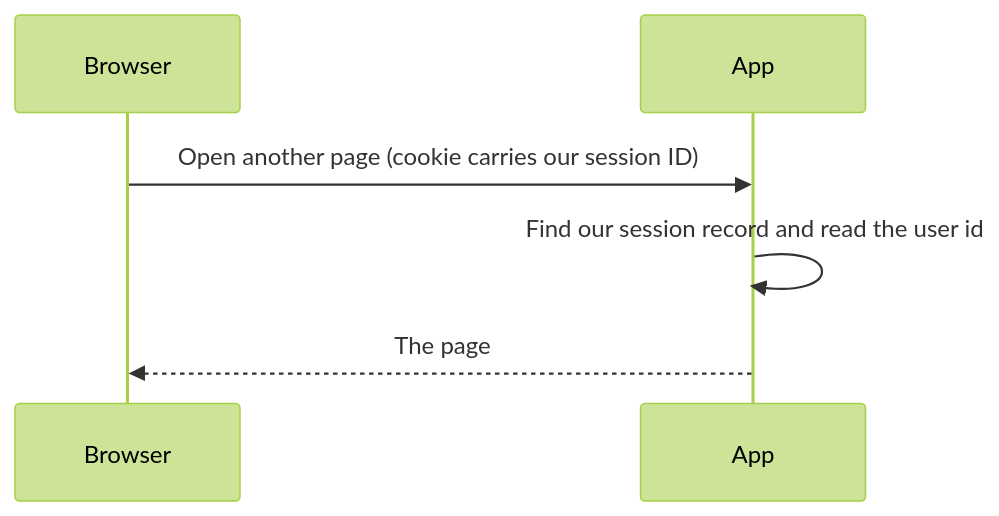
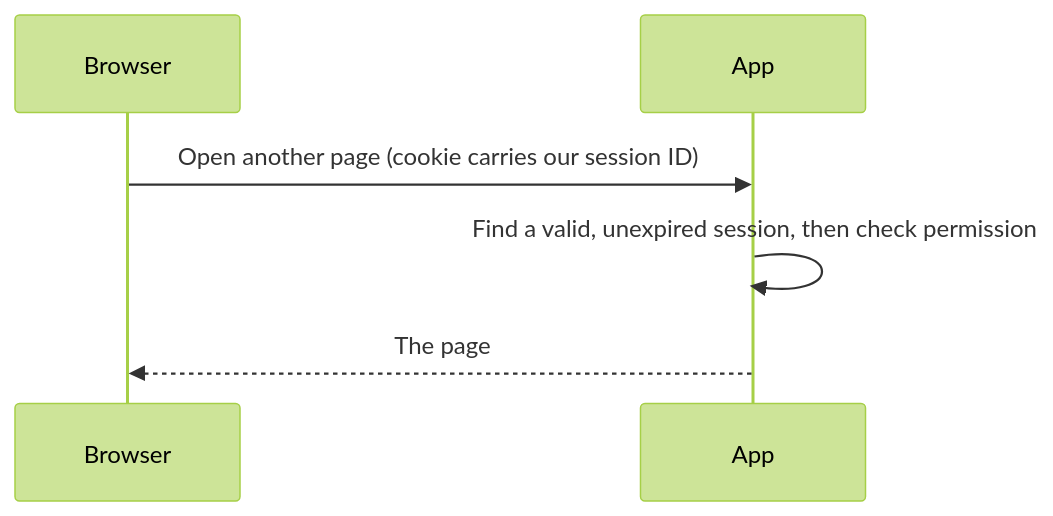
One commit to tgogos/CS_notes changed the fifth of 6 diagrams in auth/README.md. Above: the diagram before and after it, drawn with Mermaid (forest theme). The commit also changed other lines of this file, not shown here.

````diff
--- a/auth/README.md
+++ b/auth/README.md
@@ -264,9 +269,9 @@
 ```mermaid
 sequenceDiagram
   participant Browser
   participant App
 
   Browser->>App: Open another page (cookie carries our session ID)
-  App->>App: Find our session record and read the user id
+  App->>App: Find a valid, unexpired session, then check permission
   App-->>Browser: The page
 ```
````
